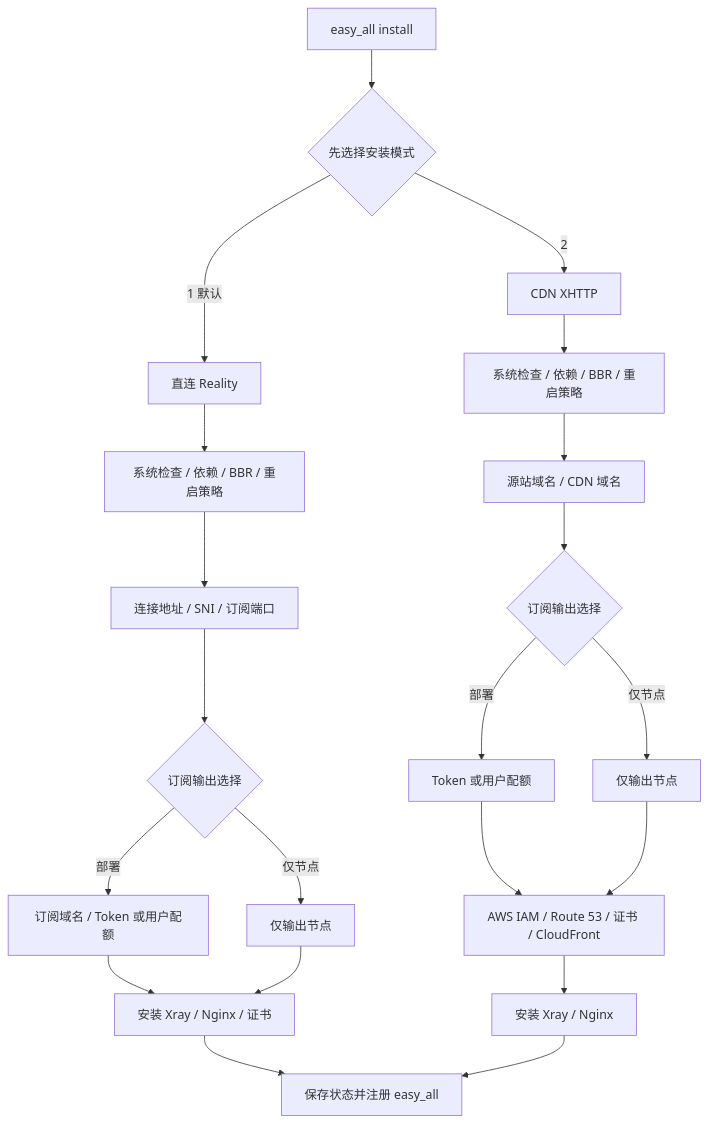
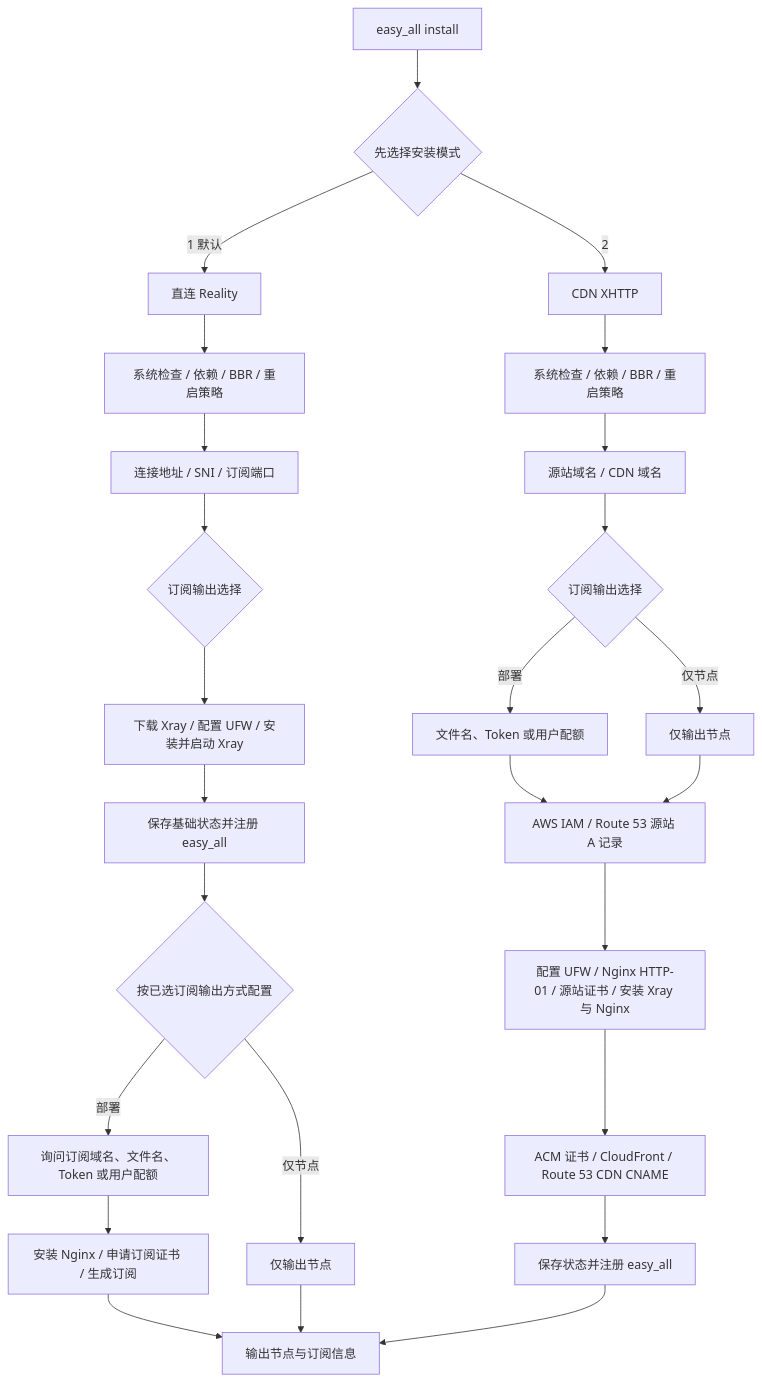
One commit to v2yiz/easy_all changed the diagram in README.md. Above: the diagram before and after it, drawn with Mermaid. The commit also changed other lines of this file and 2 other files, not shown here.

Commit message:
脚本步骤的顺序优化

````diff
--- a/README.md
+++ b/README.md
@@ -64,25 +64,30 @@
 ```mermaid
 flowchart TD
     A[easy_all install] --> B{先选择安装模式}
 
     B -->|1 默认| R0[直连 Reality]
     R0 --> R1[系统检查 / 依赖 / BBR / 重启策略]
     R1 --> R2[连接地址 / SNI / 订阅端口]
     R2 --> R3{订阅输出选择}
-    R3 -->|部署| R4[订阅域名 / Token 或用户配额]
-    R3 -->|仅节点| R5[仅输出节点]
-    R4 --> R6[安装 Xray / Nginx / 证书]
-    R5 --> R6
-    R6 --> Z[保存状态并注册 easy_all]
+    R3 --> R4[下载 Xray / 配置 UFW / 安装并启动 Xray]
+    R4 --> R5[保存基础状态并注册 easy_all]
+    R5 --> R6{按已选订阅输出方式配置}
+    R6 -->|部署| R7[询问订阅域名、文件名、Token 或用户配额]
+    R7 --> R8[安装 Nginx / 申请订阅证书 / 生成订阅]
+    R6 -->|仅节点| R9[仅输出节点]
+    R8 --> Z[输出节点与订阅信息]
+    R9 --> Z
 
     B -->|2| X0[CDN XHTTP]
     X0 --> X1[系统检查 / 依赖 / BBR / 重启策略]
     X1 --> X2[源站域名 / CDN 域名]
     X2 --> X3{订阅输出选择}
-    X3 -->|部署| X4[Token 或用户配额]
+    X3 -->|部署| X4[文件名、Token 或用户配额]
     X3 -->|仅节点| X5[仅输出节点]
-    X4 --> X6[AWS IAM / Route 53 / 证书 / CloudFront]
+    X4 --> X6[AWS IAM / Route 53 源站 A 记录]
     X5 --> X6
-    X6 --> X7[安装 Xray / Nginx]
-    X7 --> Z
+    X6 --> X7[配置 UFW / Nginx HTTP-01 / 源站证书 / 安装 Xray 与 Nginx]
+    X7 --> X8[ACM 证书 / CloudFront / Route 53 CDN CNAME]
+    X8 --> X9[保存状态并注册 easy_all]
+    X9 --> Z
 ```
````
